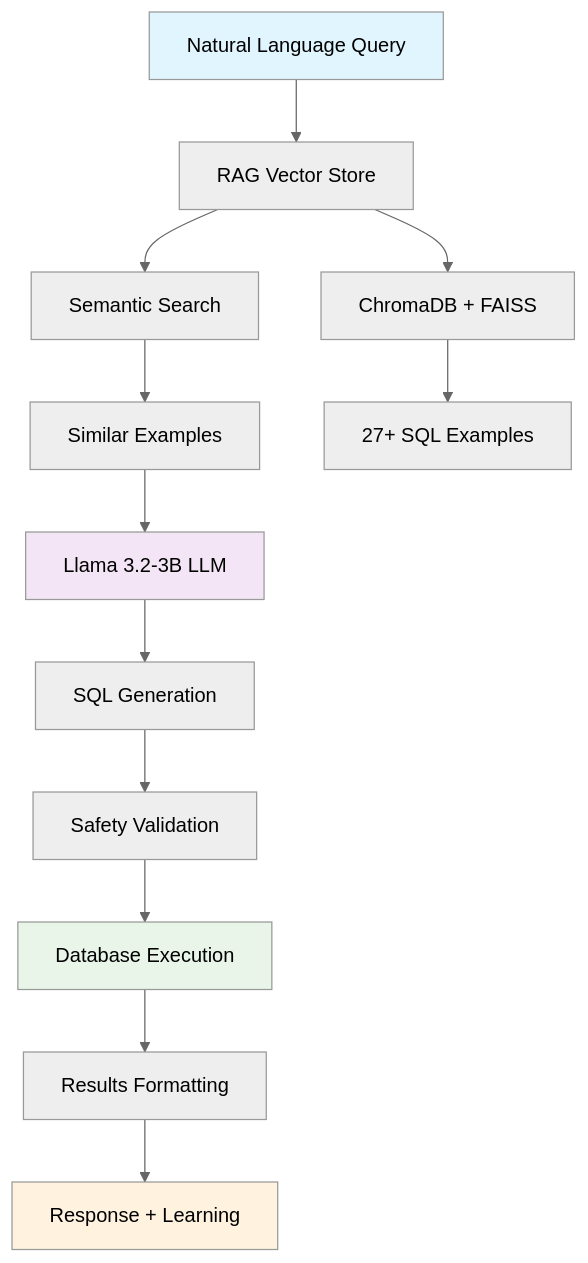
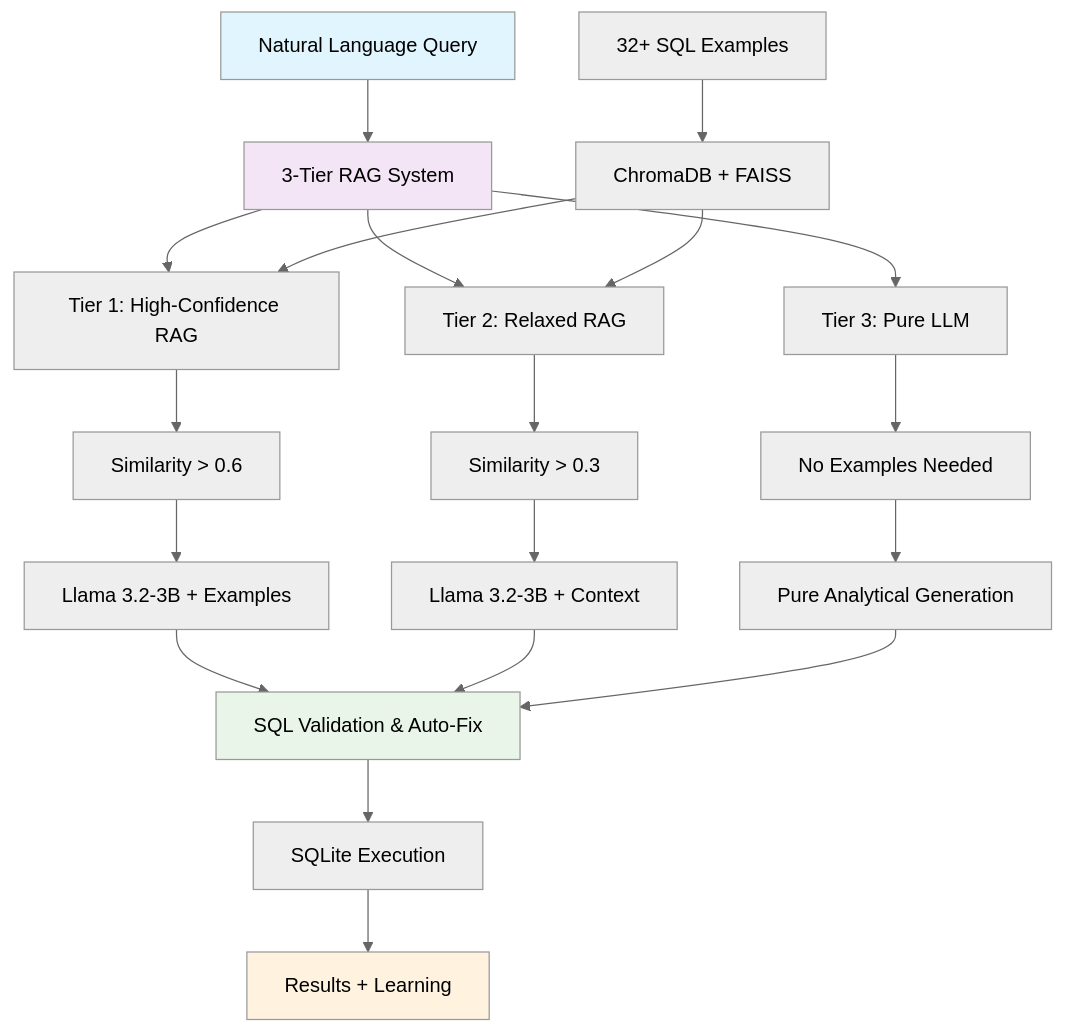
The diagram in README.md (Risad-Raihan/sql_retriever), drawn with Mermaid (neutral theme) before and after one commit. The commit also changed other lines of this file, not shown here.

Commit message:
📚 Updated README with 3-Tier RAG System documentation

````diff
--- a/README.md
+++ b/README.md
@@ -47,20 +53,32 @@
 ```mermaid
 graph TD
-    A[Natural Language Query] --> B[RAG Vector Store]
-    B --> C[Semantic Search]
-    C --> D[Similar Examples]
-    D --> E[Llama 3.2-3B LLM]
-    E --> F[SQL Generation]
-    F --> G[Safety Validation]
-    G --> H[Database Execution]
-    H --> I[Results Formatting]
-    I --> J[Response + Learning]
+    A[Natural Language Query] --> B[3-Tier RAG System]
     
-    B --> K[ChromaDB + FAISS]
-    K --> L[27+ SQL Examples]
+    B --> C[Tier 1: High-Confidence RAG]
+    C --> D[Similarity > 0.6]
+    D --> E[Llama 3.2-3B + Examples]
+    
+    B --> F[Tier 2: Relaxed RAG]
+    F --> G[Similarity > 0.3]
+    G --> H[Llama 3.2-3B + Context]
+    
+    B --> I[Tier 3: Pure LLM]
+    I --> J[No Examples Needed]
+    J --> K[Pure Analytical Generation]
+    
+    E --> L[SQL Validation & Auto-Fix]
+    H --> L
+    K --> L
+    
+    L --> M[SQLite Execution]
+    M --> N[Results + Learning]
+    
+    O[ChromaDB + FAISS] --> C
+    O --> F
+    P[32+ SQL Examples] --> O
     
     style A fill:#e1f5fe
-    style E fill:#f3e5f5
-    style H fill:#e8f5e8
-    style J fill:#fff3e0
+    style B fill:#f3e5f5
+    style L fill:#e8f5e8
+    style N fill:#fff3e0
 ```
````
